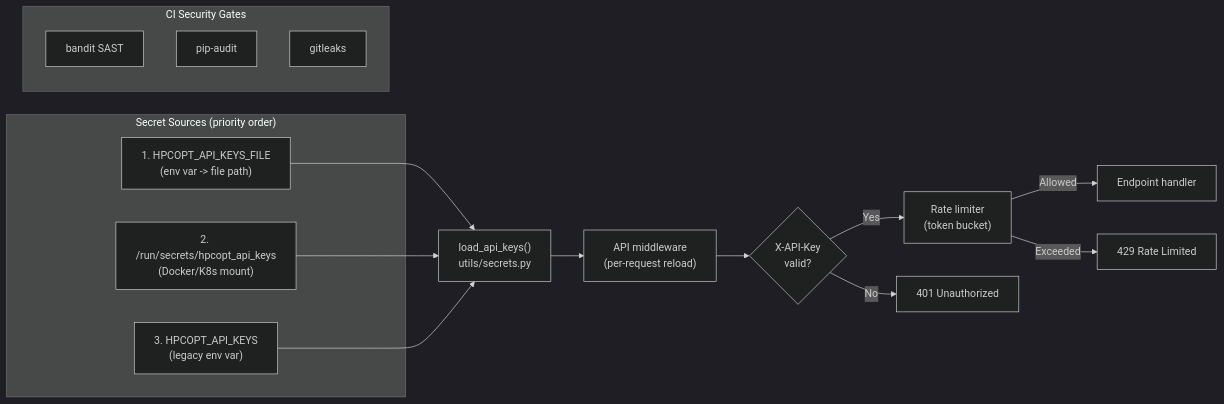
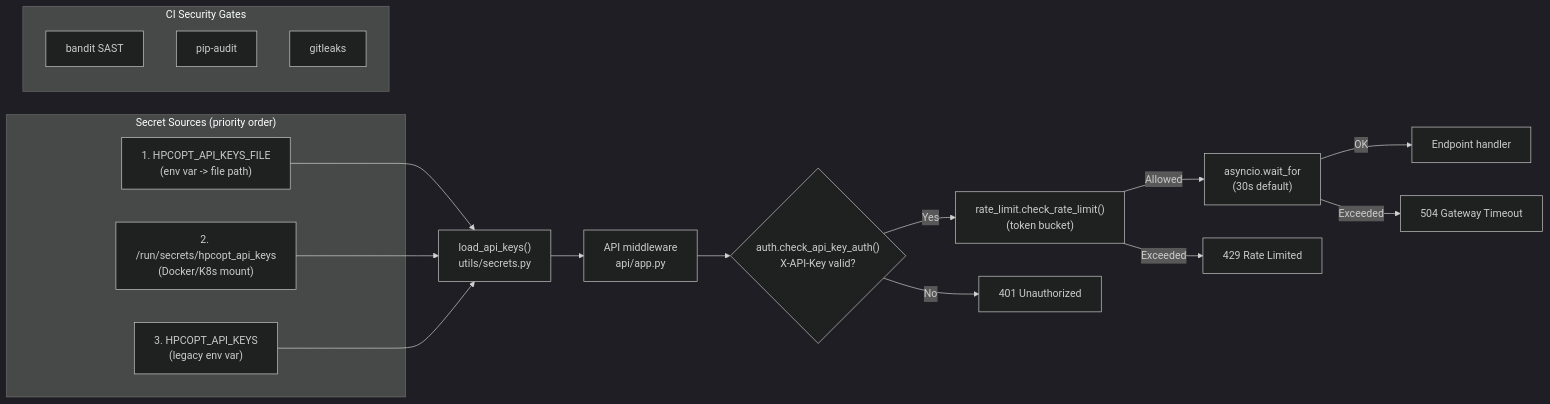
Before and after one commit to ErenAri/HCP-workload-optimizer: the fifth of 8 diagrams in README.md, drawn with Mermaid (dark theme). The commit also changed other lines of this file and 24 other files, not shown here.

````diff
--- a/README.md
+++ b/README.md
@@ -237,25 +239,27 @@
 ```mermaid
 flowchart LR
   subgraph Sources["Secret Sources (priority order)"]
     F1["1. HPCOPT_API_KEYS_FILE<br/>(env var -> file path)"]
     F2["2. /run/secrets/hpcopt_api_keys<br/>(Docker/K8s mount)"]
     F3["3. HPCOPT_API_KEYS<br/>(legacy env var)"]
   end
 
   F1 --> LOAD["load_api_keys()<br/>utils/secrets.py"]
   F2 --> LOAD
   F3 --> LOAD
 
-  LOAD --> MW["API middleware<br/>(per-request reload)"]
-  MW --> AUTH{"X-API-Key<br/>valid?"}
-  AUTH -->|"Yes"| RATE["Rate limiter<br/>(token bucket)"]
+  LOAD --> MW["API middleware<br/>api/app.py"]
+  MW --> AUTH{"auth.check_api_key_auth()<br/>X-API-Key valid?"}
+  AUTH -->|"Yes"| RATE["rate_limit.check_rate_limit()<br/>(token bucket)"]
   AUTH -->|"No"| R401["401 Unauthorized"]
-  RATE -->|"Allowed"| HANDLER["Endpoint handler"]
+  RATE -->|"Allowed"| TIMEOUT["asyncio.wait_for<br/>(30s default)"]
+  TIMEOUT -->|"OK"| HANDLER["Endpoint handler"]
+  TIMEOUT -->|"Exceeded"| R504["504 Gateway Timeout"]
   RATE -->|"Exceeded"| R429["429 Rate Limited"]
 
   subgraph CI["CI Security Gates"]
     BANDIT["bandit SAST"]
     AUDIT2["pip-audit"]
     GITLEAKS["gitleaks"]
   end
 ```
````
